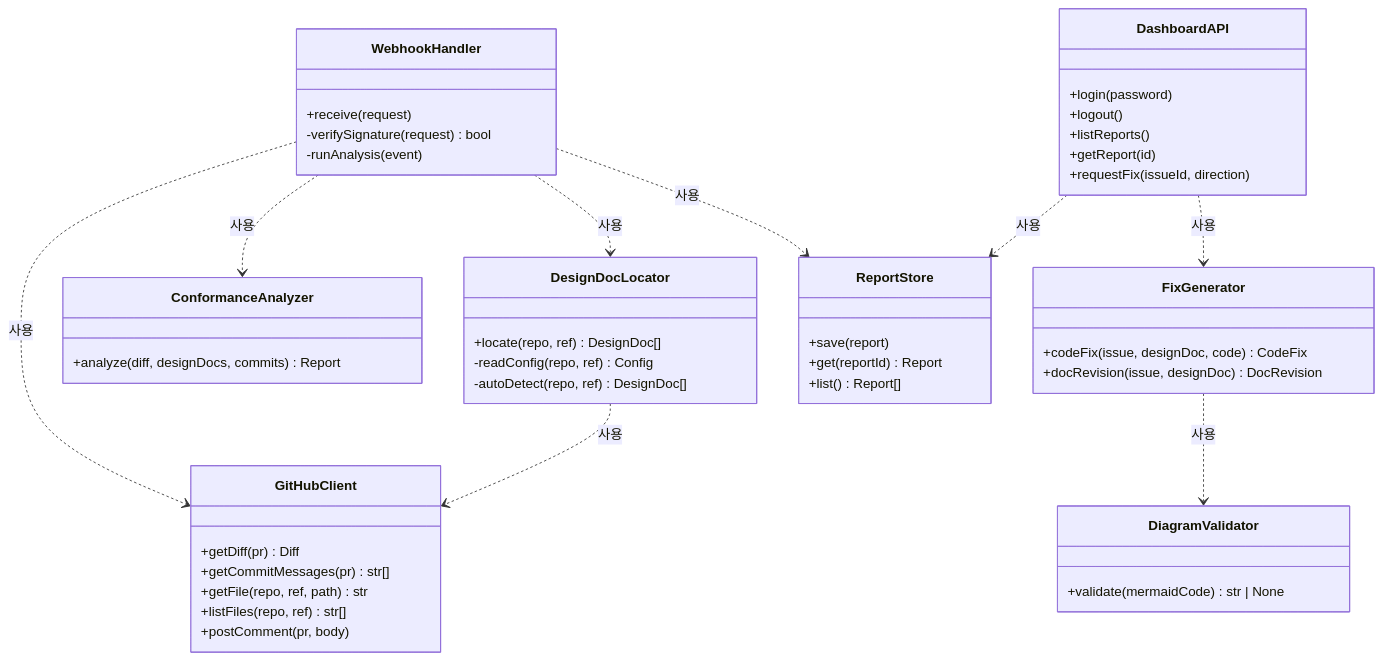
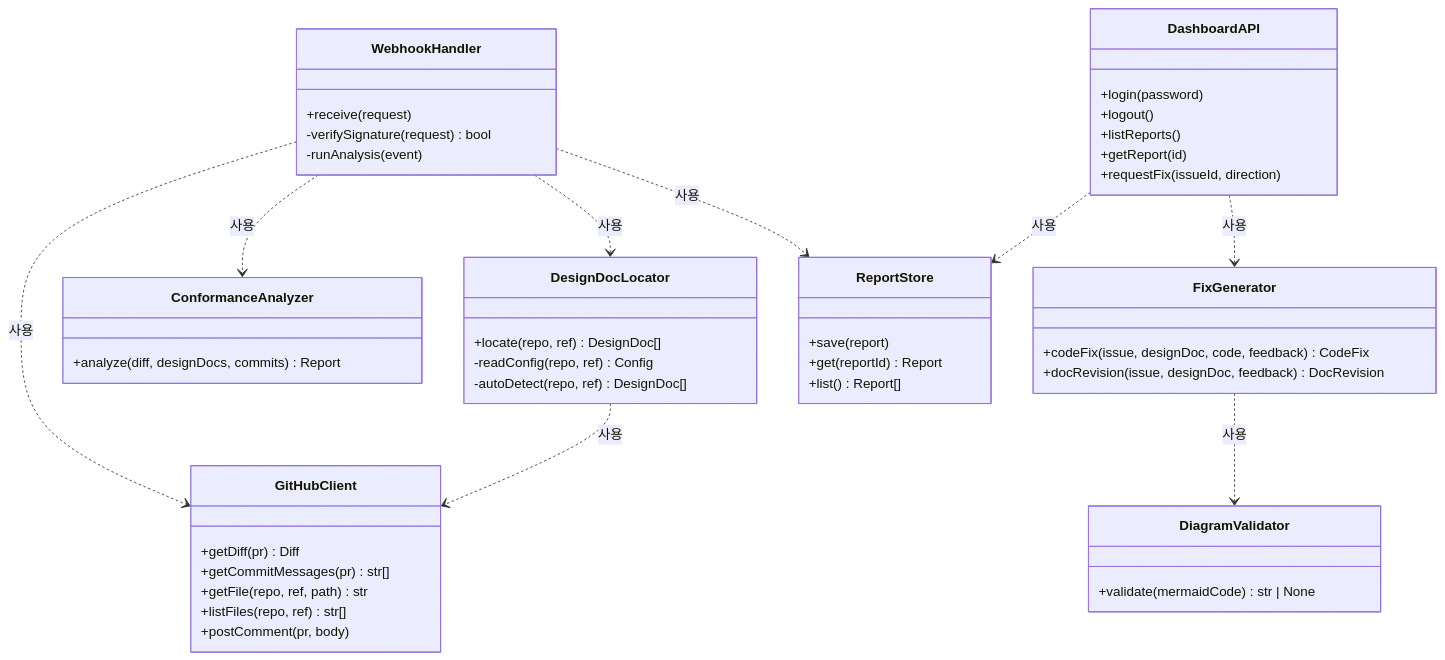
The fourth of 4 diagrams in docs/DESIGN.md (Jindahye/archicheck), drawn with Mermaid before and after one commit. The commit also changed other lines of this file and 12 other files, not shown here.

````diff
--- a/docs/DESIGN.md
+++ b/docs/DESIGN.md
@@ -232,51 +233,51 @@
 ```mermaid
 classDiagram
     class WebhookHandler {
         +receive(request)
         -verifySignature(request) bool
         -runAnalysis(event)
     }
     class GitHubClient {
         +getDiff(pr) Diff
         +getCommitMessages(pr) str[]
         +getFile(repo, ref, path) str
         +listFiles(repo, ref) str[]
         +postComment(pr, body)
     }
     class DesignDocLocator {
         +locate(repo, ref) DesignDoc[]
         -readConfig(repo, ref) Config
         -autoDetect(repo, ref) DesignDoc[]
     }
     class ConformanceAnalyzer {
         +analyze(diff, designDocs, commits) Report
     }
     class FixGenerator {
-        +codeFix(issue, designDoc, code) CodeFix
-        +docRevision(issue, designDoc) DocRevision
+        +codeFix(issue, designDoc, code, feedback) CodeFix
+        +docRevision(issue, designDoc, feedback) DocRevision
     }
     class DiagramValidator {
         +validate(mermaidCode) str | None
     }
     class ReportStore {
         +save(report)
         +get(reportId) Report
         +list() Report[]
     }
     class DashboardAPI {
         +login(password)
         +logout()
         +listReports()
         +getReport(id)
         +requestFix(issueId, direction)
     }
 
     WebhookHandler ..> GitHubClient : 사용
     WebhookHandler ..> DesignDocLocator : 사용
     WebhookHandler ..> ConformanceAnalyzer : 사용
     WebhookHandler ..> ReportStore : 사용
     DesignDocLocator ..> GitHubClient : 사용
     DashboardAPI ..> ReportStore : 사용
     DashboardAPI ..> FixGenerator : 사용
     FixGenerator ..> DiagramValidator : 사용
 ```
````
